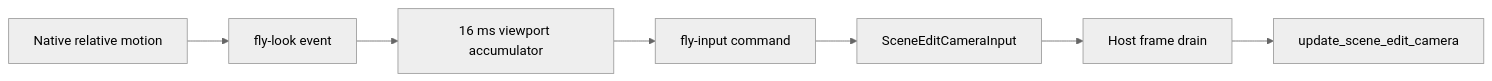
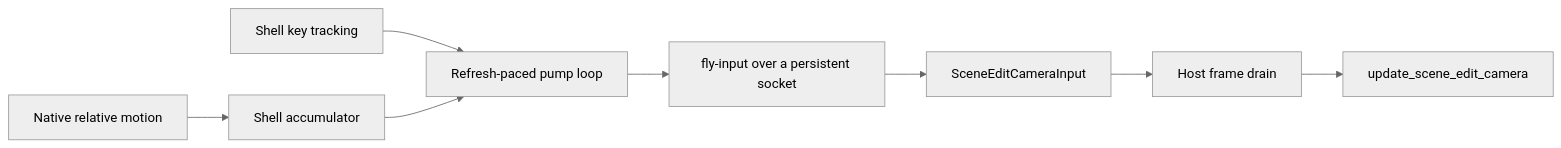
Before and after one commit to saffronjam/SaffronEngine: the diagram in docs/content/explanations/ui-and-editor/editor-camera.md, drawn with Mermaid (neutral theme). The commit also changed other lines of this file and 1 other file, not shown here.

First line of the commit message:
docs: describe the native fly-input stream

````diff
--- a/docs/content/explanations/ui-and-editor/editor-camera.md
+++ b/docs/content/explanations/ui-and-editor/editor-camera.md
@@ -34,9 +34,10 @@
 ```mermaid
 flowchart LR
-    A[Native relative motion] --> B[fly-look event]
-    B --> C[16 ms viewport accumulator]
-    C --> D[fly-input command]
+    A[Native relative motion] --> B[Shell accumulator]
+    K[Shell key tracking] --> C[Refresh-paced pump loop]
+    B --> C
+    C --> D[fly-input over a persistent socket]
     D --> E[SceneEditCameraInput]
     E --> F[Host frame drain]
     F --> G[update_scene_edit_camera]
 ```
````
